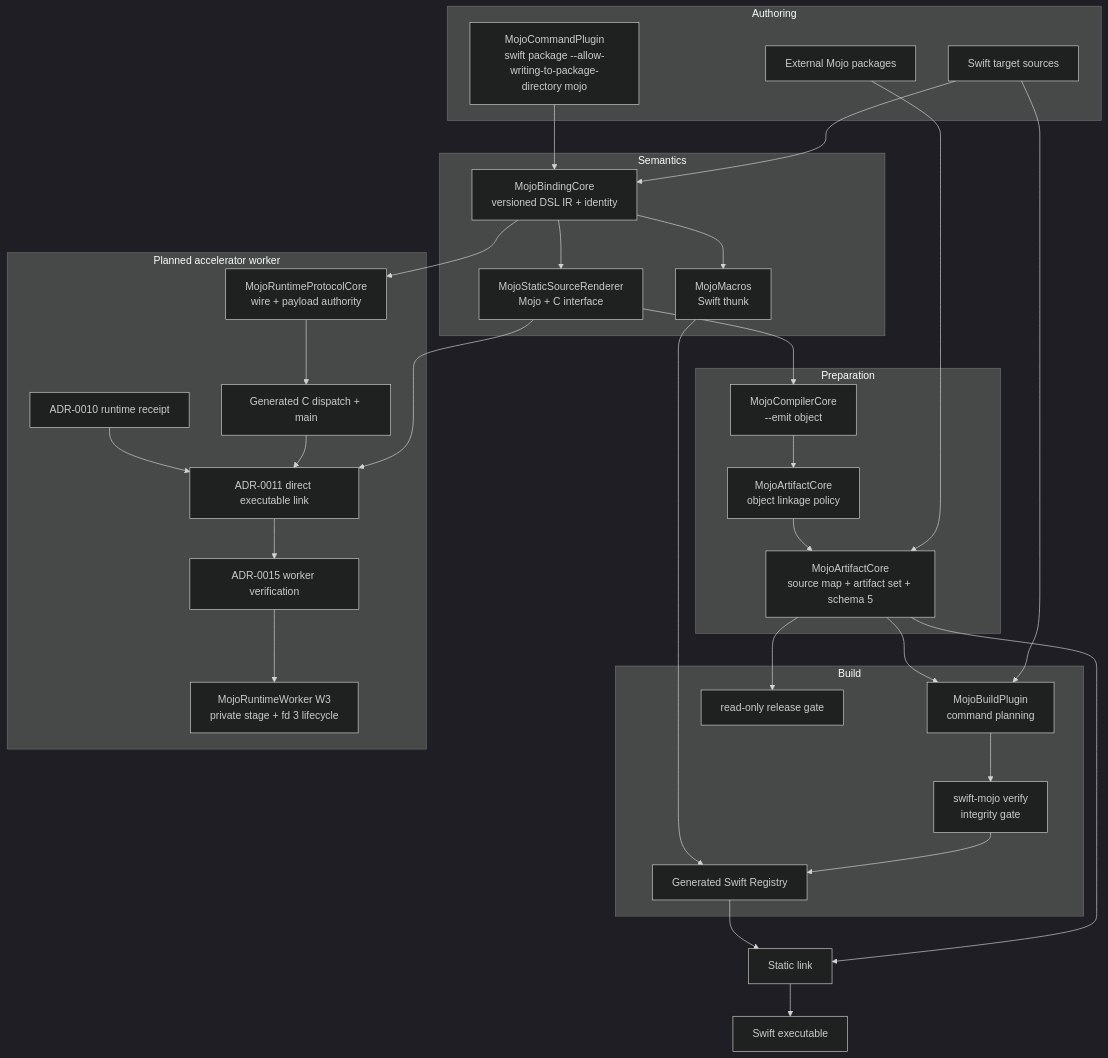
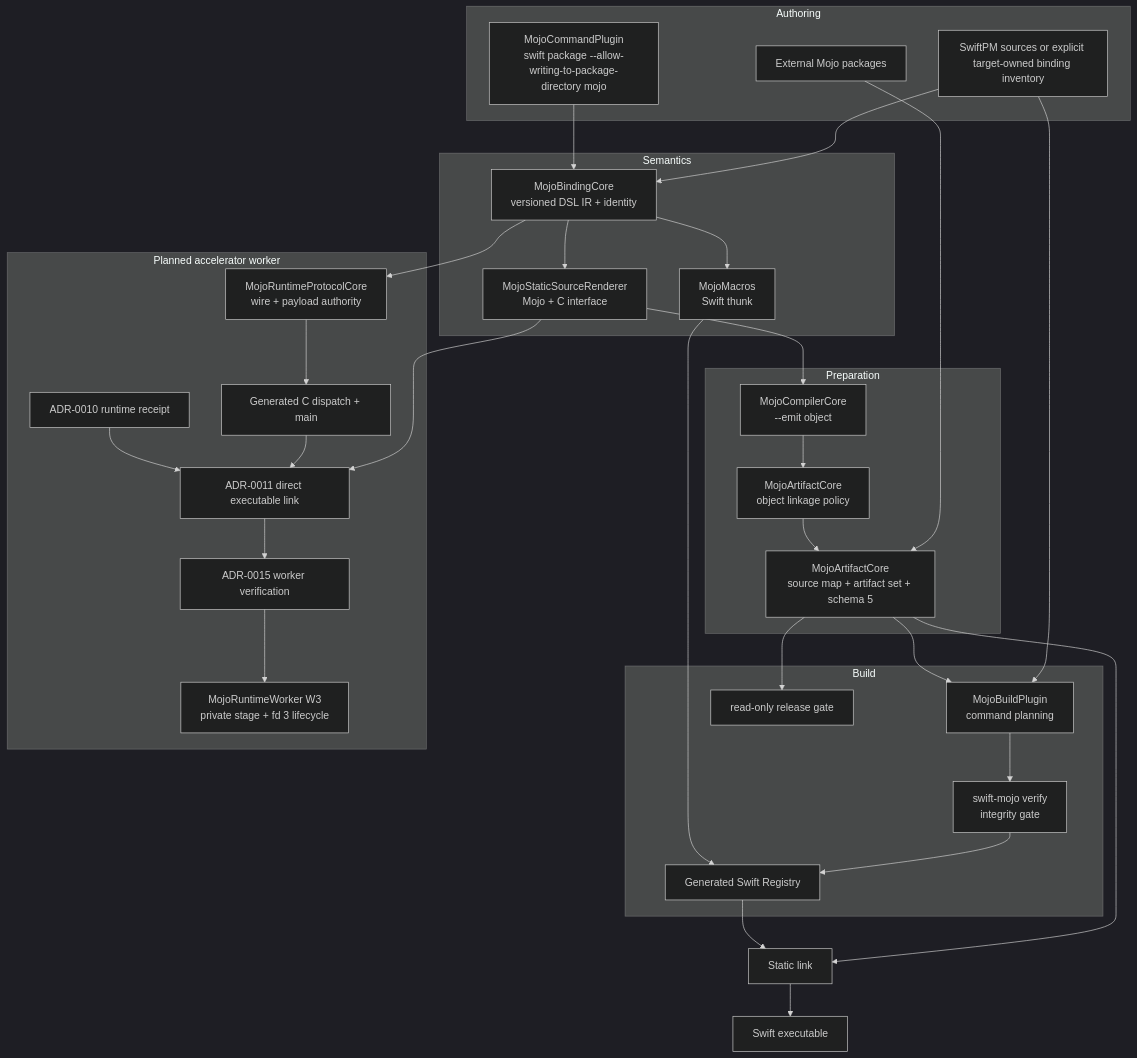
Before and after one commit to 1amageek/swift-mojo: the first of 4 diagrams in DESIGN.md, drawn with Mermaid (dark theme). The commit also changed other lines of this file and 23 other files, not shown here.

````diff
--- a/DESIGN.md
+++ b/DESIGN.md
@@ -87,53 +88,53 @@
 ```mermaid
 flowchart TB
     subgraph Authoring
-        Swift["Swift target sources"]
+        Swift["SwiftPM sources or explicit target-owned binding inventory"]
         CLI["MojoCommandPlugin<br/>swift package --allow-writing-to-package-directory mojo"]
         External["External Mojo packages"]
     end
 
     subgraph Semantics
         IR["MojoBindingCore<br/>versioned DSL IR + identity"]
         Macro["MojoMacros<br/>Swift thunk"]
         Renderer["MojoStaticSourceRenderer<br/>Mojo + C interface"]
     end
 
     subgraph Preparation
         Compiler["MojoCompilerCore<br/>--emit object"]
         Inspector["MojoArtifactCore<br/>object linkage policy"]
         Packager["MojoArtifactCore<br/>source map + artifact set + schema 5"]
     end
 
     subgraph Build
         Plugin["MojoBuildPlugin<br/>command planning"]
         Verifier["swift-mojo verify<br/>integrity gate"]
         Registry["Generated Swift Registry"]
         Release["read-only release gate"]
     end
 
     subgraph AcceleratorWorker["Planned accelerator worker"]
         Protocol["MojoRuntimeProtocolCore<br/>wire + payload authority"]
         WorkerC["Generated C dispatch + main"]
         Receipt["ADR-0010 runtime receipt"]
         WorkerLink["ADR-0011 direct executable link"]
         WorkerVerify["ADR-0015 worker verification"]
         WorkerClient["MojoRuntimeWorker W3<br/>private stage + fd 3 lifecycle"]
     end
 
     Swift --> IR
     IR --> Macro
     CLI --> IR
     External --> Packager
     IR --> Renderer --> Compiler --> Inspector --> Packager
     Swift --> Plugin
     Packager --> Plugin --> Verifier --> Registry
     Packager --> Release
     Macro --> Registry
     Packager --> Link["Static link"]
     Registry --> Link --> Executable["Swift executable"]
     IR --> Protocol --> WorkerC
     Renderer --> WorkerLink
     WorkerC --> WorkerLink
     Receipt --> WorkerLink --> WorkerVerify
     WorkerVerify --> WorkerClient
 ```
````
